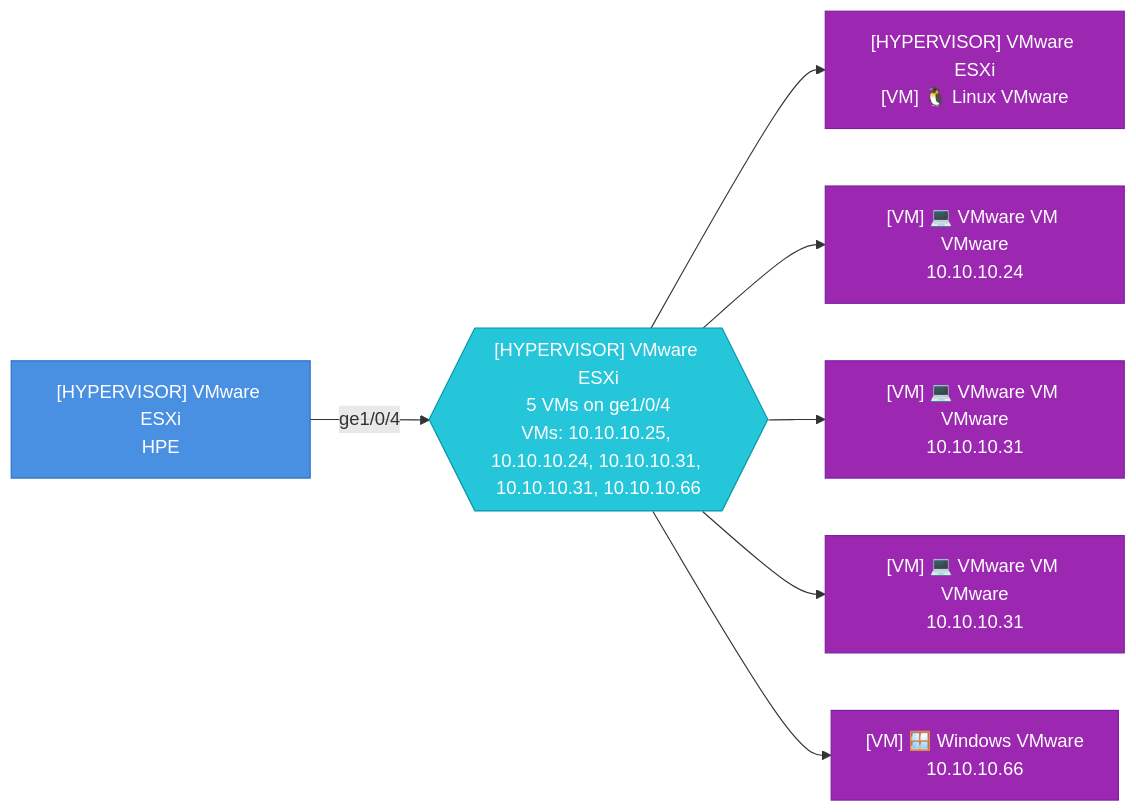
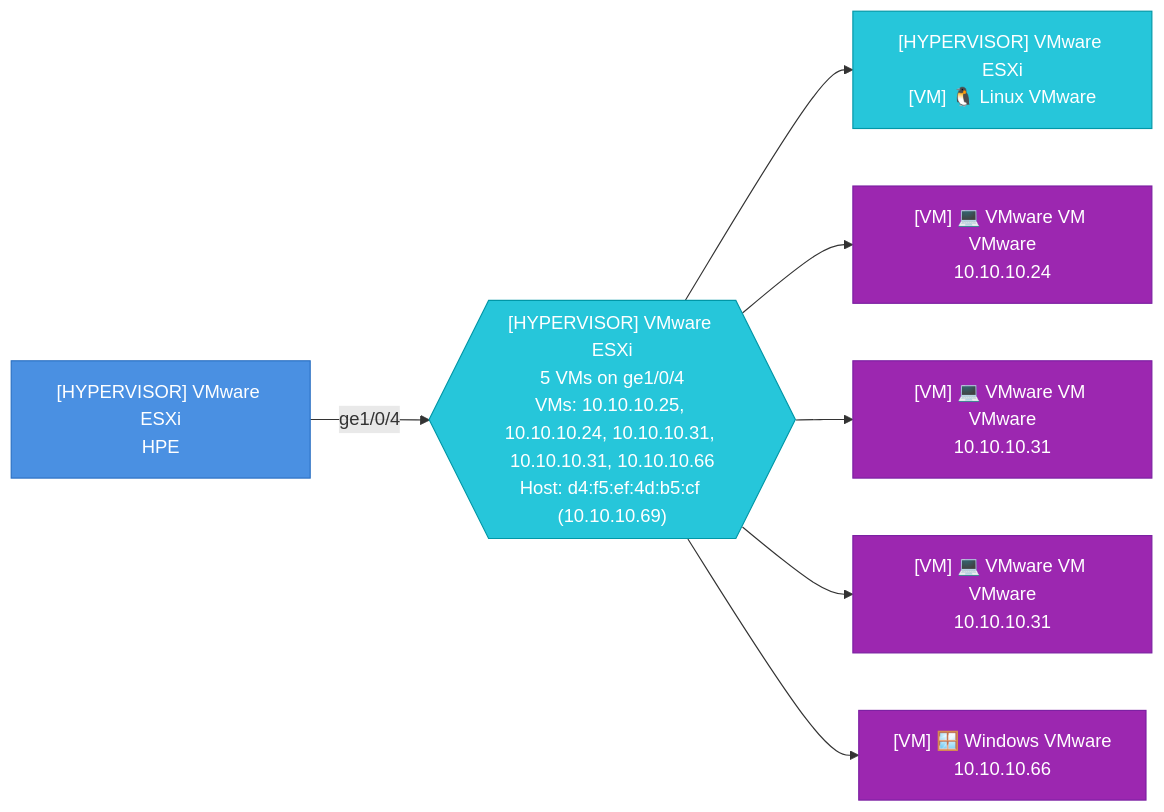
Before and after one commit to djamic/LLDP-Skanner-Go: diagram 32 of 35 in testdata/golden/report_esxi_sections.md, drawn with Mermaid. The commit also changed other lines of this file and 2 other files, not shown here.

First line of the commit message:
F73: one hypervisor diagram per hypervisor port; only vNIC links are VMs

````diff
--- a/testdata/golden/report_esxi_sections.md
+++ b/testdata/golden/report_esxi_sections.md
@@ -882,23 +803,23 @@
 ```mermaid
 graph LR
-  hyp_4caea3277eca_ge1_0_4{{"[HYPERVISOR] VMware ESXi<br>5 VMs on ge1/0/4<br>VMs: 10.10.10.25, 10.10.10.24, 10.10.10.31, 10.10.10.31, 10.10.10.66"}}
+  hyp_4caea3277eca_ge1_0_4{{"[HYPERVISOR] VMware ESXi<br>5 VMs on ge1/0/4<br>VMs: 10.10.10.25, 10.10.10.24, 10.10.10.31, 10.10.10.31, 10.10.10.66<br>Host: d4:f5:ef:4d:b5:cf (10.10.10.69)"}}
   4caea3277eca["[HYPERVISOR] VMware ESXi<br>HPE"]
   4caea3277eca-- "ge1/0/4" -->hyp_4caea3277eca_ge1_0_4
   style 4caea3277eca fill:#4A90E2,stroke:#2A6FC2,color:#fff
   000c2920d660["[HYPERVISOR] VMware ESXi<br>[VM] 🐧 Linux VMware"]
   hyp_4caea3277eca_ge1_0_4-->000c2920d660
-  style 000c2920d660 fill:#9C27B0,stroke:#7B1FA2,color:#fff
+  style 000c2920d660 fill:#26C6DA,stroke:#0097A7,color:#fff
   000c29586fca["[VM] 💻 VMware VM VMware<br>10.10.10.24"]
   hyp_4caea3277eca_ge1_0_4-->000c29586fca
   style 000c29586fca fill:#9C27B0,stroke:#7B1FA2,color:#fff
   000c29778352["[VM] 💻 VMware VM VMware<br>10.10.10.31"]
   hyp_4caea3277eca_ge1_0_4-->000c29778352
   style 000c29778352 fill:#9C27B0,stroke:#7B1FA2,color:#fff
   000c29778366["[VM] 💻 VMware VM VMware<br>10.10.10.31"]
   hyp_4caea3277eca_ge1_0_4-->000c29778366
   style 000c29778366 fill:#9C27B0,stroke:#7B1FA2,color:#fff
   000c29d2c063["[VM] 🪟 Windows VMware<br>10.10.10.66"]
   hyp_4caea3277eca_ge1_0_4-->000c29d2c063
   style 000c29d2c063 fill:#9C27B0,stroke:#7B1FA2,color:#fff
   style hyp_4caea3277eca_ge1_0_4 fill:#26C6DA,stroke:#0097A7,color:#fff
 ```
````
